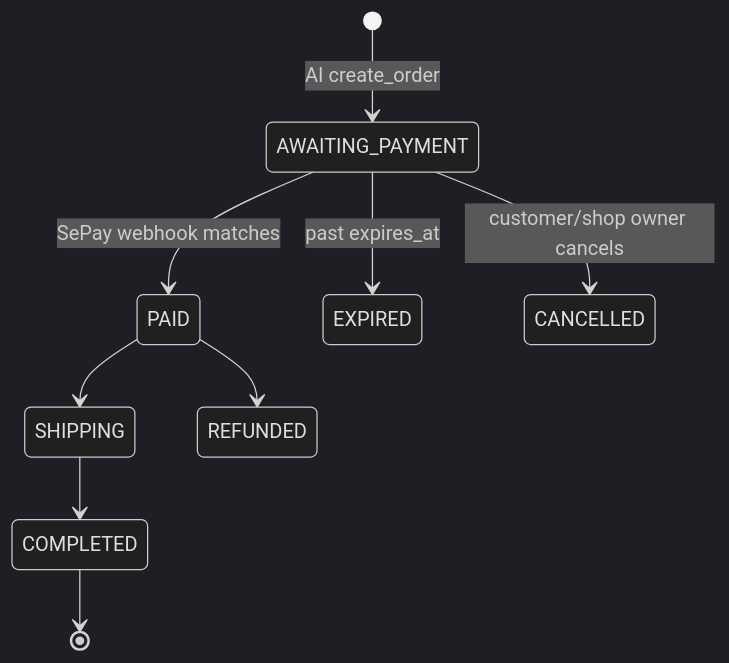
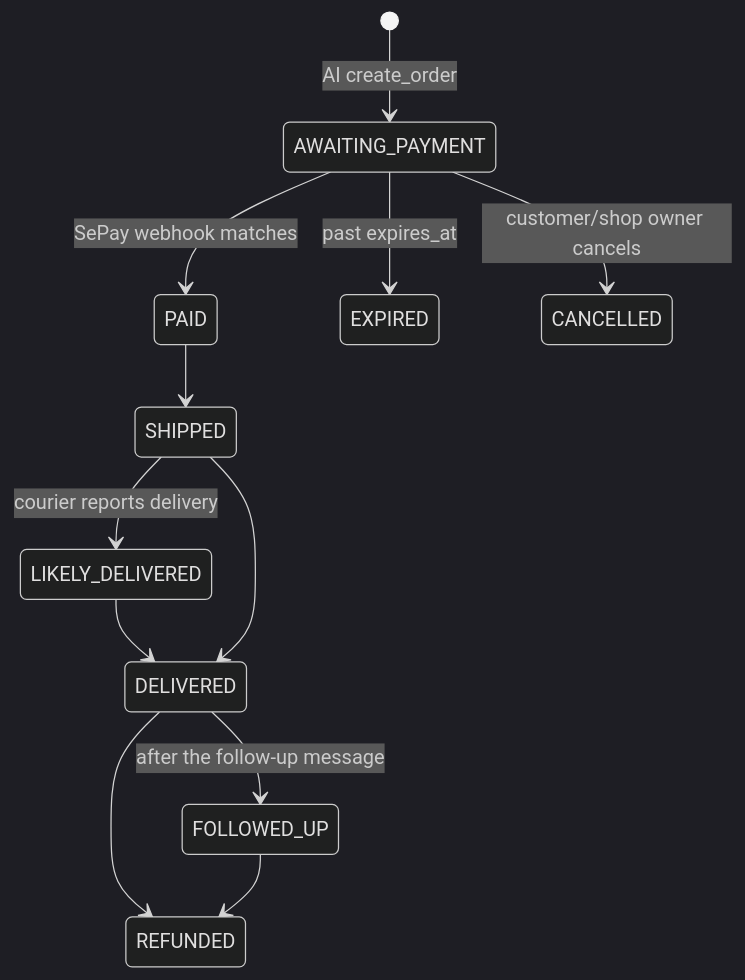
Before and after one commit to TDVien05/ai_ecommerce_assisstant: the diagram in docs/DATABASE.md, drawn with Mermaid (dark theme). The commit also changed other lines of this file and 23 other files, not shown here.

First line of the commit message:
feat(B6): add SRS 2.1 schema, db/repos layer and undo log

````diff
--- a/docs/DATABASE.md
+++ b/docs/DATABASE.md
@@ -98,11 +137,14 @@
 ```mermaid
 stateDiagram-v2
   [*] --> AWAITING_PAYMENT: AI create_order
   AWAITING_PAYMENT --> PAID: SePay webhook matches
   AWAITING_PAYMENT --> EXPIRED: past expires_at
   AWAITING_PAYMENT --> CANCELLED: customer/shop owner cancels
-  PAID --> SHIPPING
-  SHIPPING --> COMPLETED
-  PAID --> REFUNDED
-  COMPLETED --> [*]
+  PAID --> SHIPPED
+  SHIPPED --> LIKELY_DELIVERED: courier reports delivery
+  LIKELY_DELIVERED --> DELIVERED
+  SHIPPED --> DELIVERED
+  DELIVERED --> FOLLOWED_UP: after the follow-up message
+  DELIVERED --> REFUNDED
+  FOLLOWED_UP --> REFUNDED
 ```
````
